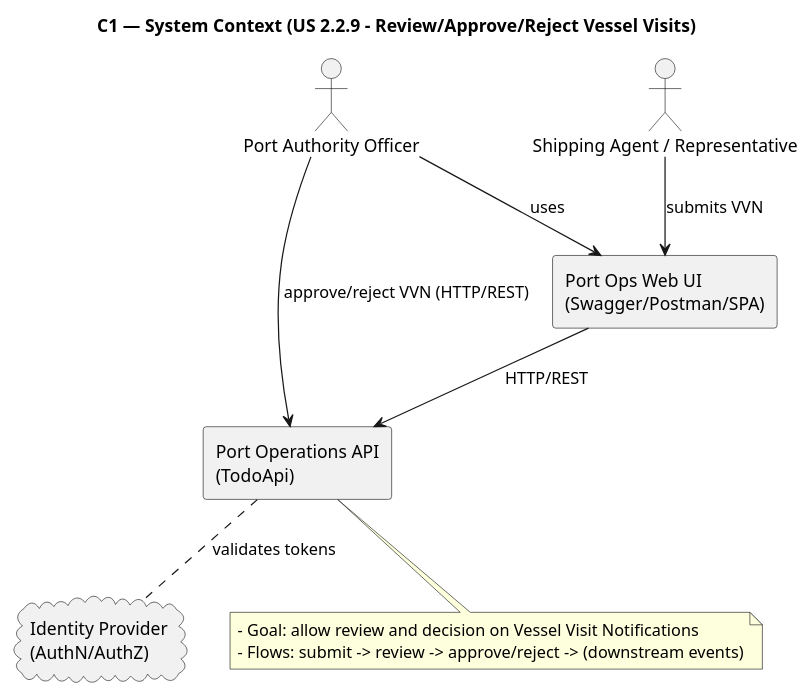
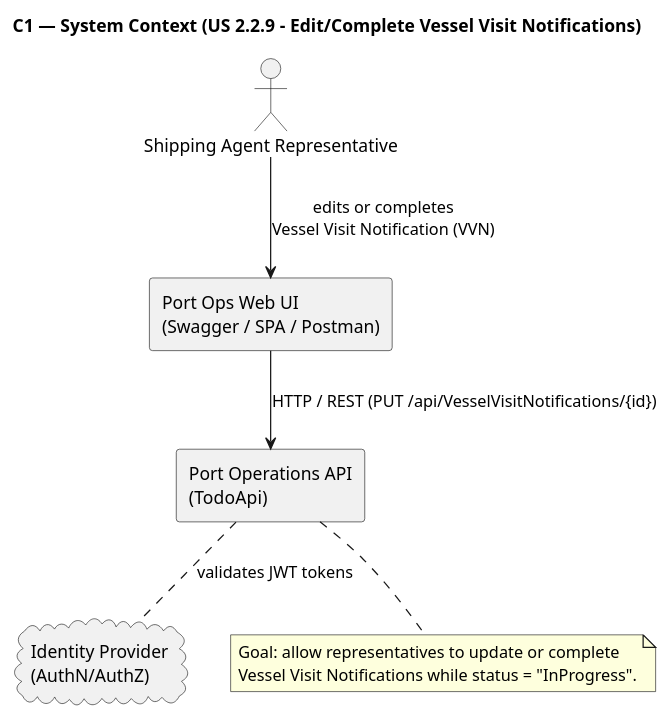
One commit to Departamento-de-Engenharia-Informatica/LEI-SEM5-PI-2025-26-3DM-03 changed the diagram in Docs/Sprint A/US 2.2.9/Modelo C4/C1_Cenario.puml. Above: the diagram before and after it, drawn with PlantUML. The commit also changed other lines of this file and 12 other files, not shown here.

Commit message:
Refactor UML diagrams for Vessel Visit Notifications #10

```diff
--- a/Docs/Sprint A/US 2.2.9/Modelo C4/C1_Cenario.puml
+++ b/Docs/Sprint A/US 2.2.9/Modelo C4/C1_Cenario.puml
@@ -2,22 +1,19 @@
 @startuml C1_Cenario
-title C1 — System Context (US 2.2.9 - Review/Approve/Reject Vessel Visits)
+title C1 — System Context (US 2.2.9 - Edit/Complete Vessel Visit Notifications)
 
-actor "Port Authority Officer" as Officer
-actor "Shipping Agent / Representative" as Agent
+actor "Shipping Agent Representative" as Rep
 rectangle "Port Operations API\n(TodoApi)" as System {
 }
 
-rectangle "Port Ops Web UI\n(Swagger/Postman/SPA)" as WebUI
+rectangle "Port Ops Web UI\n(Swagger / SPA / Postman)" as WebUI
 cloud "Identity Provider\n(AuthN/AuthZ)" as IdP
 
-Agent --> WebUI : submits VVN
-WebUI --> System : HTTP/REST
-Officer --> WebUI : uses
-Officer --> System : approve/reject VVN (HTTP/REST)
-System .. IdP : validates tokens
+Rep --> WebUI : edits or completes\nVessel Visit Notification (VVN)
+WebUI --> System : HTTP / REST (PUT /api/VesselVisitNotifications/{id})
+System .. IdP : validates JWT tokens
 
 note bottom of System
-- Goal: allow review and decision on Vessel Visit Notifications
-- Flows: submit -> review -> approve/reject -> (downstream events)
+Goal: allow representatives to update or complete
+Vessel Visit Notifications while status = "InProgress".
 end note
 @enduml
```
